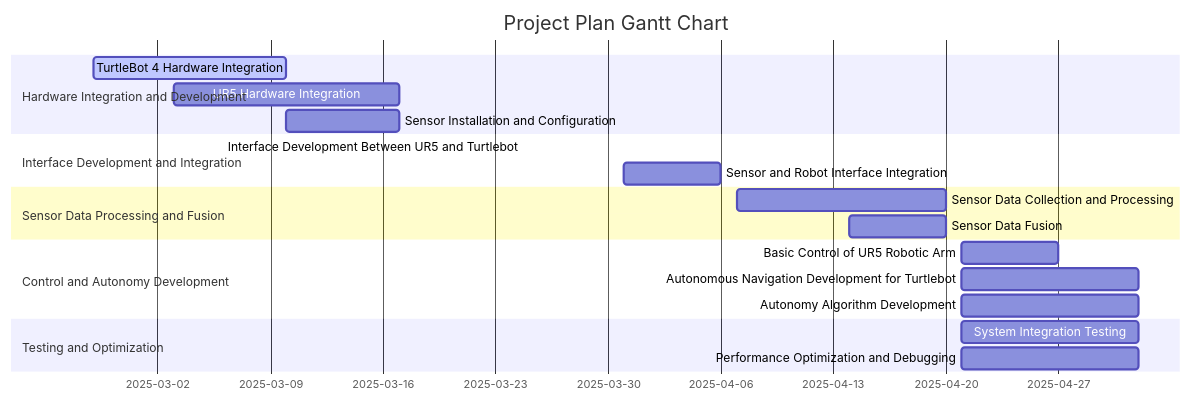
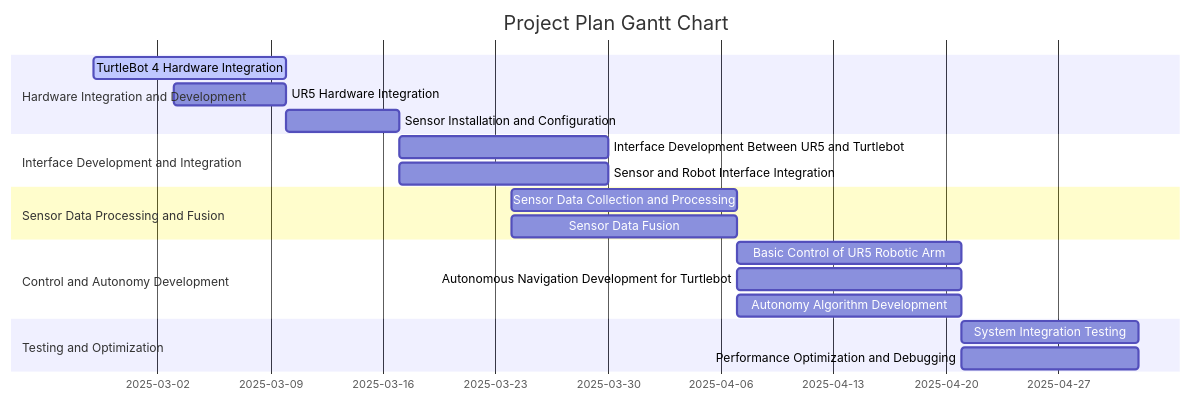
One commit to RAS598-2025-S-Team12/RAS598-2025-S-Team12.github.io changed the diagram in docs/timeline.md. Above: the diagram before and after it, drawn with Mermaid.

````diff
--- a/docs/timeline.md
+++ b/docs/timeline.md
@@ -6,31 +6,31 @@
 ``` mermaid
 
 gantt
     title Project Plan Gantt Chart
     dateFormat  YYYY-MM-DD
 
     section Hardware Integration and Development
     TurtleBot 4 Hardware Integration           :active, task2_1, 2025-02-26, 2025-03-10
-    UR5 Hardware Integration     :task2_2, 2025-03-03, 2025-03-17
+    UR5 Hardware Integration     :task2_2, 2025-03-03, 2025-03-10
     Sensor Installation and Configuration          :task2_3, 2025-03-10, 2025-03-17
 
     section Interface Development and Integration
-    Interface Development Between UR5 and Turtlebot :task3_1, 2025-03-24, 2025-03-06
-    Sensor and Robot Interface Integration          :task3_2, 2025-03-31, 2025-04-06
+    Interface Development Between UR5 and Turtlebot :task3_1, 2025-03-17, 2025-03-30
+    Sensor and Robot Interface Integration          :task3_2, 2025-03-17, 2025-03-30
 
     section Sensor Data Processing and Fusion
-    Sensor Data Collection and Processing           :task4_1, 2025-04-07, 2025-04-20
-    Sensor Data Fusion                              :task4_2, 2025-04-14, 2025-04-20
+    Sensor Data Collection and Processing           :task4_1, 2025-03-24, 2025-04-07
+    Sensor Data Fusion                              :task4_2, 2025-03-24, 2025-04-07
 
     section Control and Autonomy Development
-    Basic Control of UR5 Robotic Arm               :task5_1, 2025-04-21, 2025-04-27
-    Autonomous Navigation Development for Turtlebot :task5_2, 2025-04-21, 2025-05-02
-    Autonomy Algorithm Development                 :task5_3, 2025-04-21, 2025-05-02
+    Basic Control of UR5 Robotic Arm               :task5_1, 2025-04-07, 2025-04-21
+    Autonomous Navigation Development for Turtlebot :task5_2, 2025-04-07, 2025-04-21
+    Autonomy Algorithm Development                 :task5_3, 2025-04-07, 2025-04-21
 
     section Testing and Optimization
     System Integration Testing                     :task6_1, 2025-04-21, 2025-05-02
     Performance Optimization and Debugging         :task6_2, 2025-04-21, 2025-05-02
 
 
 
 ```
````
